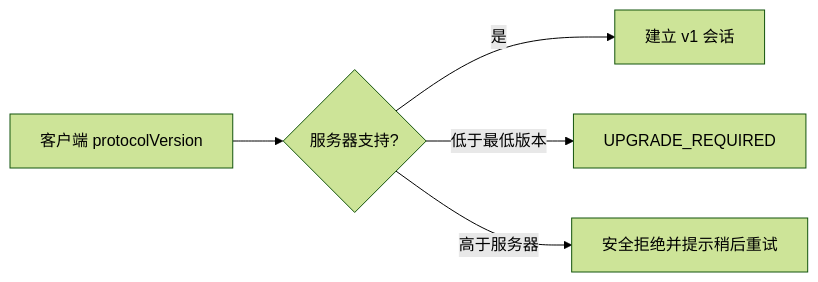
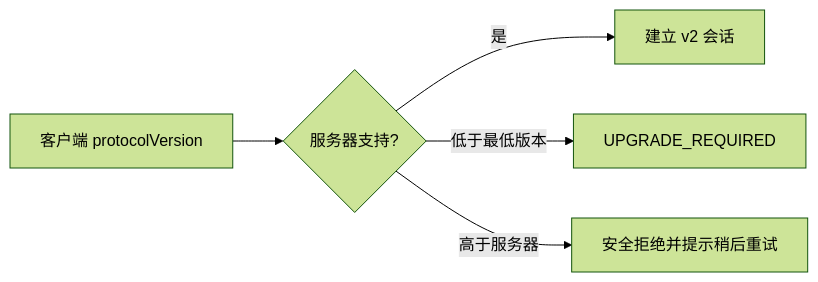
The diagram in docs/api-contract.zh-CN.md (Anguy491/Avalon), drawn with Mermaid (forest theme) before and after one commit. The commit also changed other lines of this file and 151 other files, not shown here.

````diff
--- a/docs/api-contract.zh-CN.md
+++ b/docs/api-contract.zh-CN.md
@@ -302,7 +346,7 @@
 ```mermaid
 flowchart LR
     C["客户端 protocolVersion"] --> N{"服务器支持?"}
-    N -->|"是"| S["建立 v1 会话"]
+    N -->|"是"| S["建立 v2 会话"]
     N -->|"低于最低版本"| U["UPGRADE_REQUIRED"]
     N -->|"高于服务器"| R["安全拒绝并提示稍后重试"]
 ```
````
